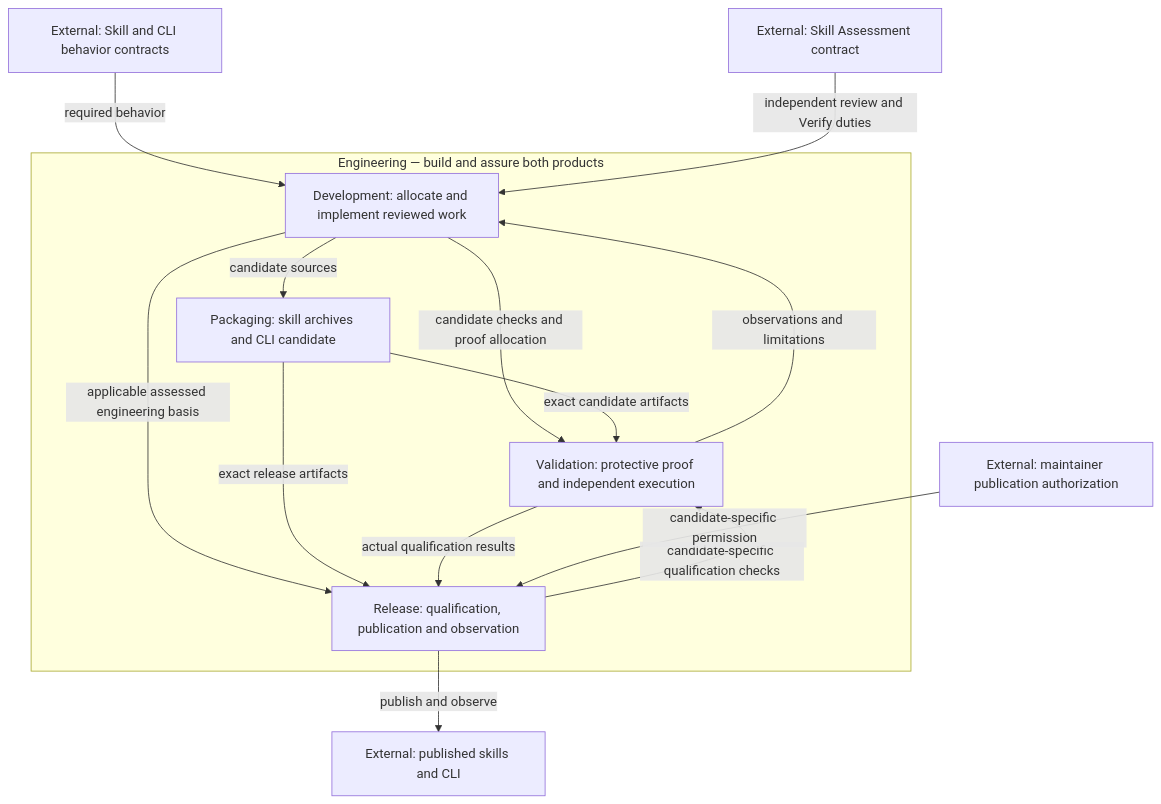
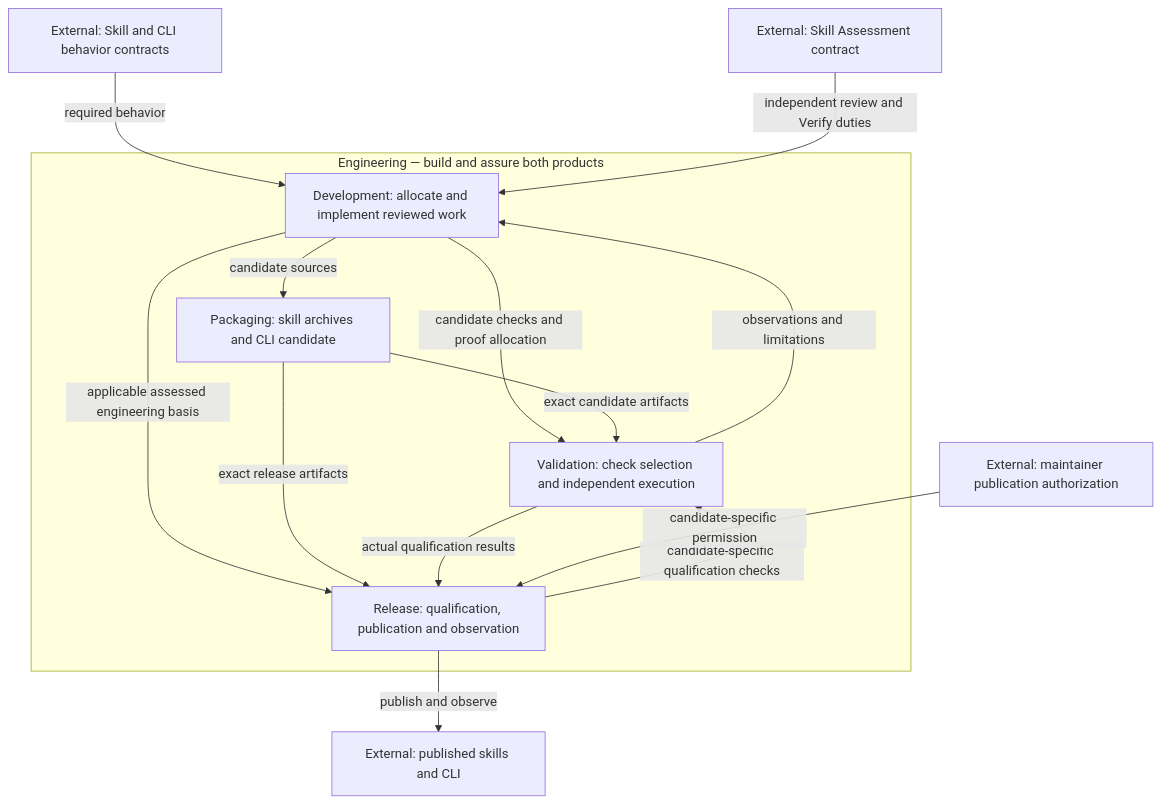
The first of 7 diagrams in docs/design/engineering/engineering.md (xiongxianfei/rigorloop), drawn with Mermaid before and after one commit. The commit also changed other lines of this file and 112 other files, not shown here.

````diff
--- a/docs/design/engineering/engineering.md
+++ b/docs/design/engineering/engineering.md
@@ -36,25 +36,25 @@
 ```mermaid
 flowchart TB
     subgraph Owned["Engineering — build and assure both products"]
         Development["Development: allocate and implement reviewed work"]
-        Validation["Validation: protective proof and independent execution"]
+        Validation["Validation: check selection and independent execution"]
         Packaging["Packaging: skill archives and CLI candidate"]
         Release["Release: qualification, publication and observation"]
     end
     Behavior["External: Skill and CLI behavior contracts"]
     Assessment["External: Skill Assessment contract"]
     Authorization["External: maintainer publication authorization"]
     Products["External: published skills and CLI"]
     Behavior -->|"required behavior"| Development
     Development -->|"candidate sources"| Packaging
     Development -->|"candidate checks and proof allocation"| Validation
     Packaging -->|"exact candidate artifacts"| Validation
     Validation -->|"observations and limitations"| Development
     Assessment -->|"independent review and Verify duties"| Development
     Development -->|"applicable assessed engineering basis"| Release
     Packaging -->|"exact release artifacts"| Release
     Release -->|"candidate-specific qualification checks"| Validation
     Validation -->|"actual qualification results"| Release
     Authorization -->|"candidate-specific permission"| Release
     Release -->|"publish and observe"| Products
 ```
````
